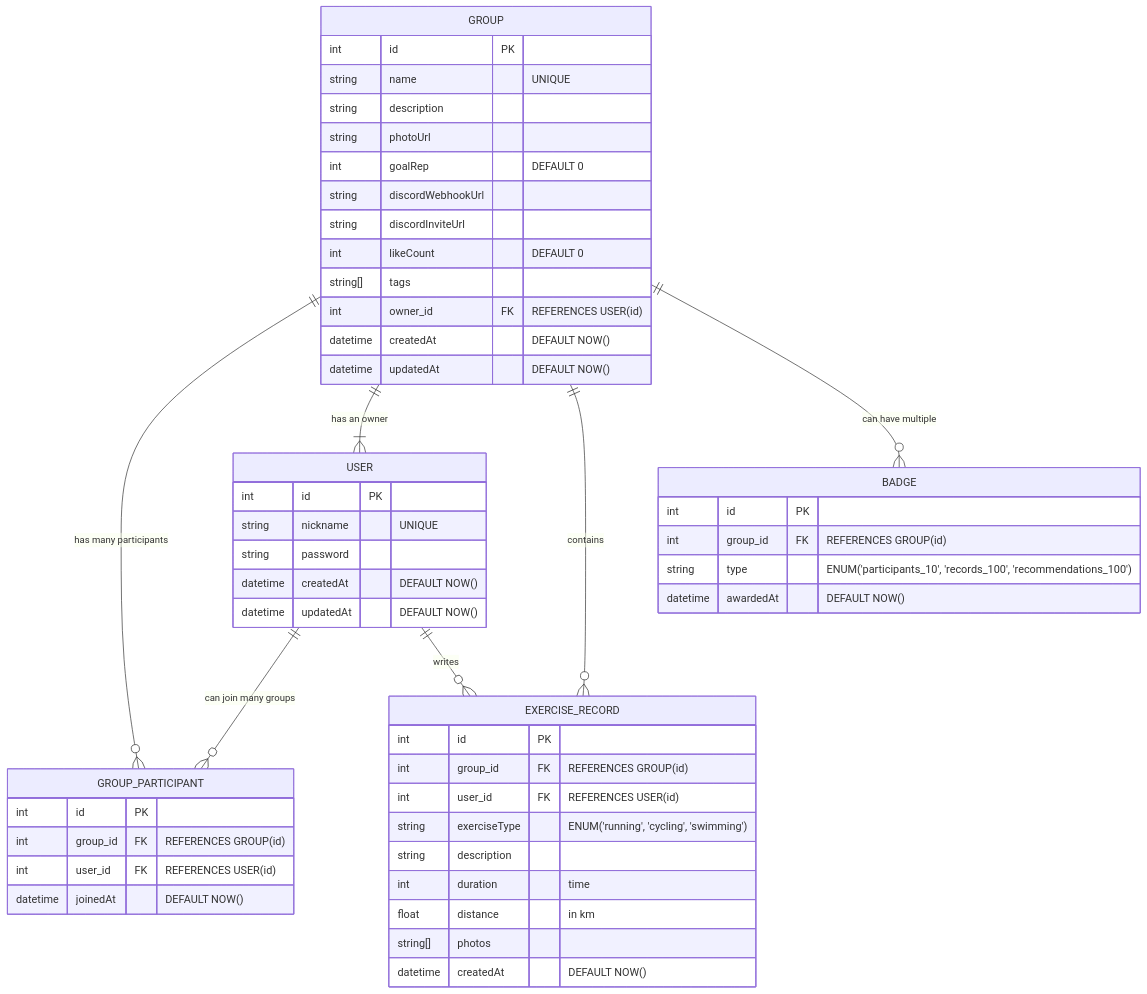
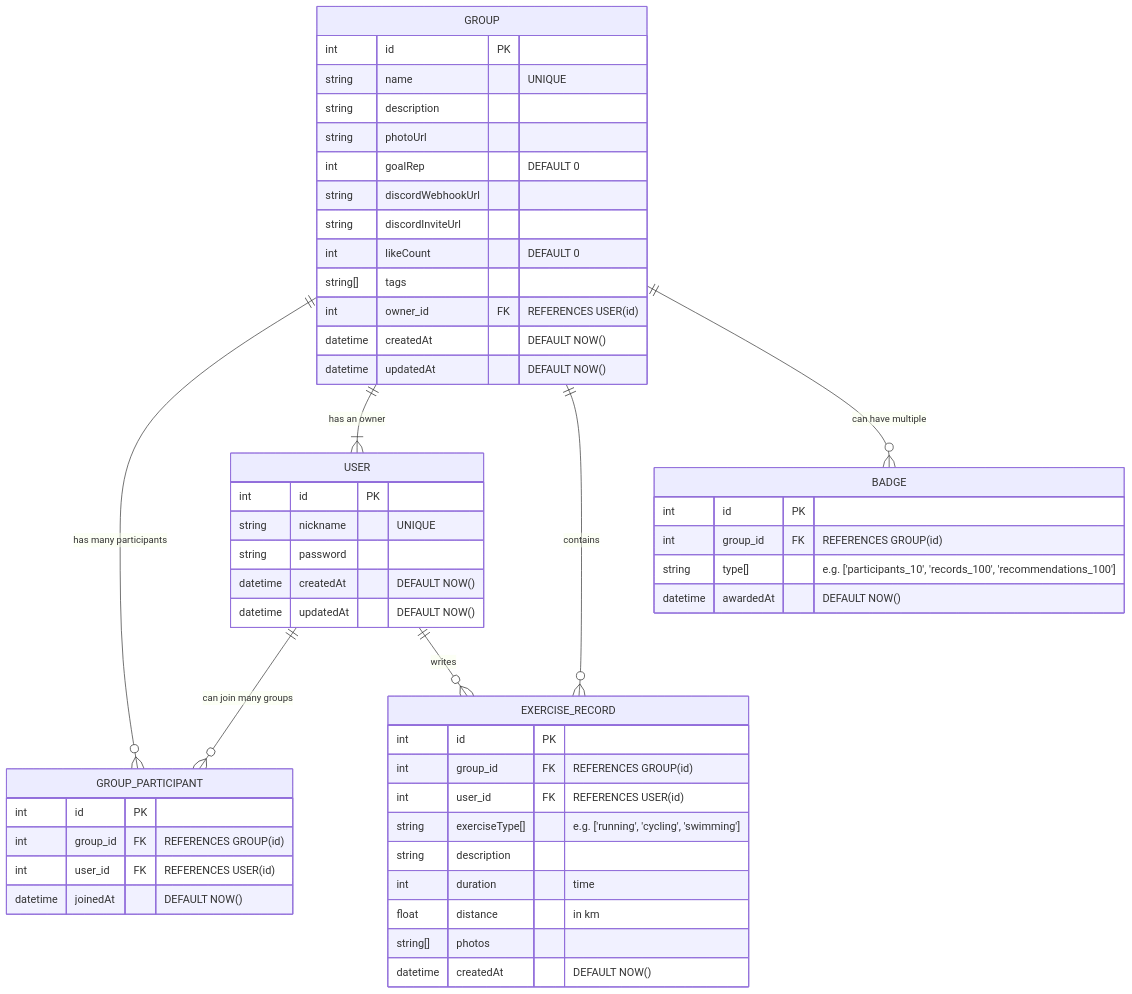
The diagram in README.md (funfungun/mermaid), drawn with Mermaid before and after one commit.

````diff
--- a/README.md
+++ b/README.md
@@ -1,61 +1,61 @@
 ```mermaid
 erDiagram
     GROUP {
         int id PK
         string name "UNIQUE"
         string description
         string photoUrl
         int goalRep "DEFAULT 0"
         string discordWebhookUrl
         string discordInviteUrl
         int likeCount "DEFAULT 0"
         string[] tags
         int owner_id FK "REFERENCES USER(id)"
         datetime createdAt "DEFAULT NOW()"
         datetime updatedAt "DEFAULT NOW()"
     }
 
     USER {
         int id PK
         string nickname "UNIQUE"
         string password
         datetime createdAt "DEFAULT NOW()"
         datetime updatedAt "DEFAULT NOW()"
     }
 
     GROUP_PARTICIPANT {
         int id PK
         int group_id FK "REFERENCES GROUP(id)"
         int user_id FK "REFERENCES USER(id)"
         datetime joinedAt "DEFAULT NOW()"
         %% UNIQUE(group_id, user_id) 추가해야 함
     }
 
     GROUP ||--o{ GROUP_PARTICIPANT : "has many participants"
     USER ||--o{ GROUP_PARTICIPANT : "can join many groups"
     GROUP ||--|{ USER : "has an owner"
 
     EXERCISE_RECORD {
         int id PK
         int group_id FK "REFERENCES GROUP(id)"
         int user_id FK "REFERENCES USER(id)"
-        string exerciseType "ENUM('running', 'cycling', 'swimming')"
+        string exerciseType[] "e.g. ['running', 'cycling', 'swimming']"
         string description
         int duration "time"
         float distance "in km"
         string[] photos
         datetime createdAt "DEFAULT NOW()"
     }
 
     GROUP ||--o{ EXERCISE_RECORD : "contains"
     USER ||--o{ EXERCISE_RECORD : "writes"
 
     BADGE {
         int id PK
         int group_id FK "REFERENCES GROUP(id)"
-        string type "ENUM('participants_10', 'records_100', 'recommendations_100')"
+        string type[] "e.g. ['participants_10', 'records_100', 'recommendations_100']"
         datetime awardedAt "DEFAULT NOW()"
     }
 
     GROUP ||--o{ BADGE : "can have multiple"
 ```
````
